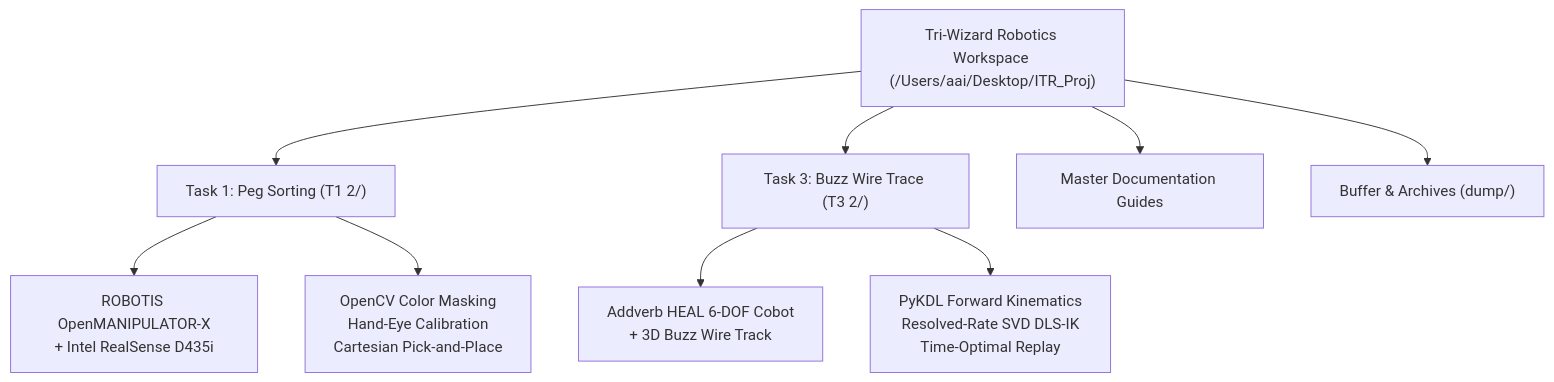
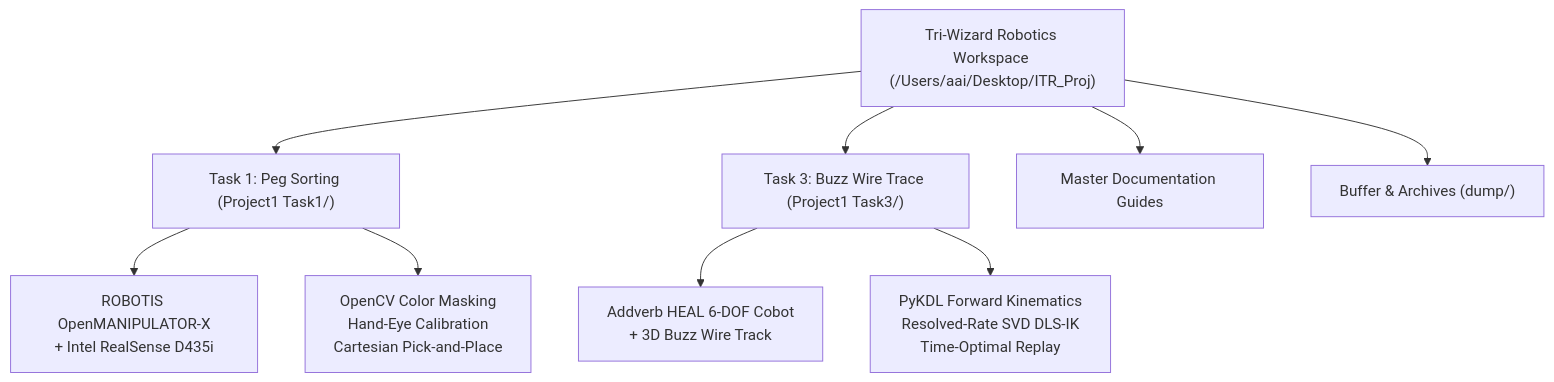
The diagram in README.md (vipulSP2108/ITR_Proj), drawn with Mermaid before and after one commit. The commit also changed other lines of this file and 1540 other files, not shown here.

Commit message:
refactor(naming): rename 'T1 2' to 'Project1 Task1' and 'T3 2' to 'Project1 Task3' across repo

````diff
--- a/README.md
+++ b/README.md
@@ -15,14 +15,14 @@
 ```mermaid
 flowchart TD
     Repo["Tri-Wizard Robotics Workspace (/Users/aai/Desktop/ITR_Proj)"]
-    Repo --> T1["Task 1: Peg Sorting (T1 2/)"]
-    Repo --> T3["Task 3: Buzz Wire Trace (T3 2/)"]
+    Repo --> T1["Task 1: Peg Sorting (Project1 Task1/)"]
+    Repo --> T3["Task 3: Buzz Wire Trace (Project1 Task3/)"]
     Repo --> Guides["Master Documentation Guides"]
     Repo --> Dump["Buffer & Archives (dump/)"]
     
     T1 --> T1_Hardware["ROBOTIS OpenMANIPULATOR-X<br>+ Intel RealSense D435i"]
     T1 --> T1_Software["OpenCV Color Masking<br>Hand-Eye Calibration<br>Cartesian Pick-and-Place"]
     
     T3 --> T3_Hardware["Addverb HEAL 6-DOF Cobot<br>+ 3D Buzz Wire Track"]
     T3 --> T3_Software["PyKDL Forward Kinematics<br>Resolved-Rate SVD DLS-IK<br>Time-Optimal Replay"]
 ```
````
